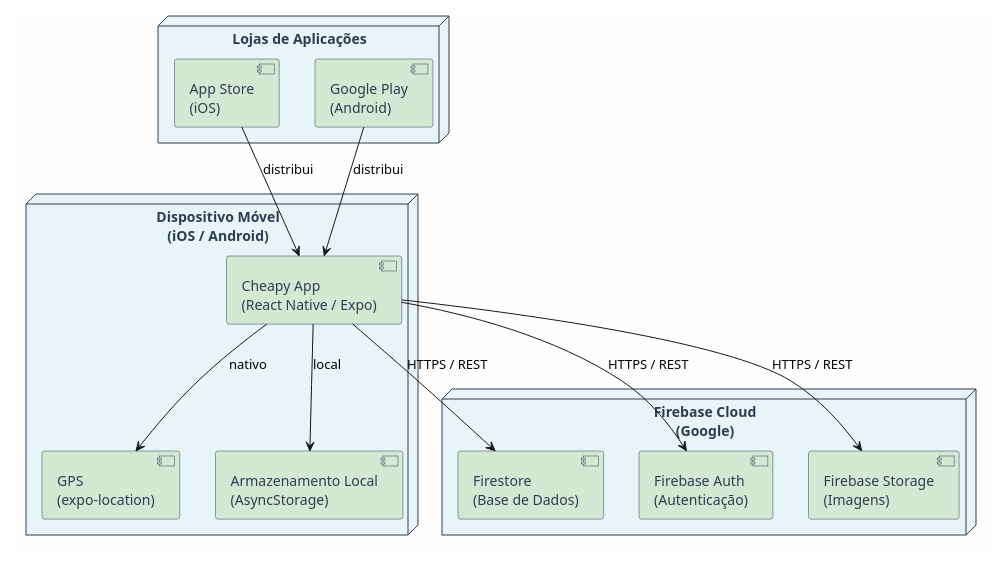
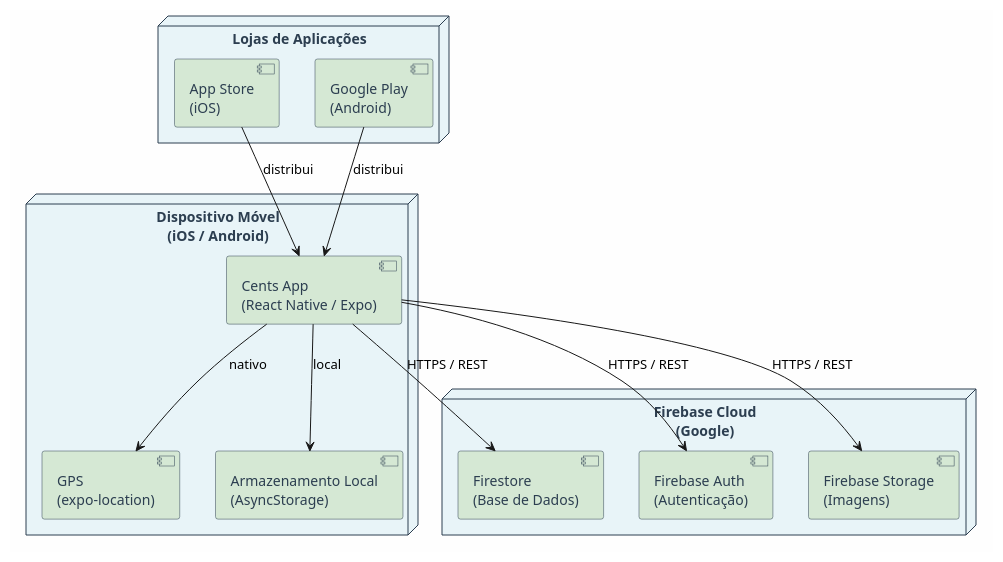
The diagram in docs/architecture/deployment_diagram.puml (lluissampaio/FEUP-ES-Project), drawn with PlantUML before and after one commit.

Commit message:
fix: rename Cheapy to Cents in deployment diagram

```diff
--- a/docs/architecture/deployment_diagram.puml
+++ b/docs/architecture/deployment_diagram.puml
@@ -1,43 +1,43 @@
  @startuml
 ' === ESTILO ===
 skinparam backgroundColor #FEFEFE
 skinparam node {
   BackgroundColor #E8F4F8
   BorderColor #2C3E50
   FontColor #2C3E50
 }
 skinparam component {
   BackgroundColor #D5E8D4
   BorderColor #2C3E50
   FontColor #2C3E50
 }
 
 ' === NÓS FÍSICOS ===
 
 node "Dispositivo Móvel\n(iOS / Android)" {
-  component "Cheapy App\n(React Native / Expo)" as App
+  component "Cents App\n(React Native / Expo)" as App
   component "GPS\n(expo-location)" as GPS
   component "Armazenamento Local\n(AsyncStorage)" as Storage
 }
 
 node "Firebase Cloud\n(Google)" {
   component "Firestore\n(Base de Dados)" as Firestore
   component "Firebase Auth\n(Autenticação)" as Auth
   component "Firebase Storage\n(Imagens)" as FStorage
 }
 
 node "Lojas de Aplicações" {
   component "App Store\n(iOS)" as AppStore
   component "Google Play\n(Android)" as PlayStore
 }
 
 ' === RELAÇÕES ===
 App --> Firestore : HTTPS / REST
 App --> Auth : HTTPS / REST
 App --> FStorage : HTTPS / REST
 App --> GPS : nativo
 App --> Storage : local
 AppStore --> App : distribui
 PlayStore --> App : distribui
 
 @enduml
```
